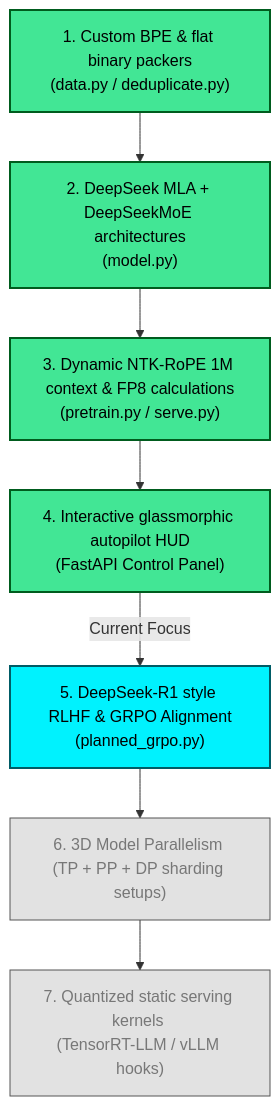
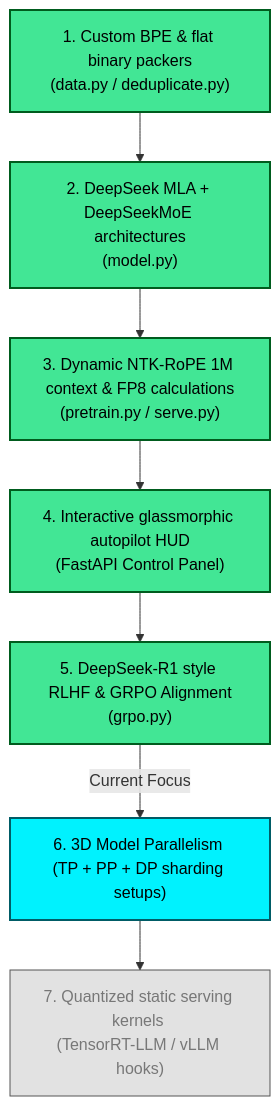
Before and after one commit to ifnodoraemon/nano-llm: the diagram in CONTRIBUTING.md, drawn with Mermaid. The commit also changed 4 other files, not shown here.

Commit message:
feat: implement pure PyTorch DeepSeek-R1 GRPO alignment loop and unit tests, updating all roadmap blueprints

````diff
--- a/CONTRIBUTING.md
+++ b/CONTRIBUTING.md
@@ -11,21 +11,21 @@
 ```mermaid
 graph TD
     classDef comp fill:#42e695,stroke:#005c1e,stroke-width:2px,color:#000;
     classDef active fill:#00f2fe,stroke:#005c66,stroke-width:2px,color:#000;
     classDef planned fill:#e2e2e2,stroke:#555,stroke-width:1px,color:#777;
 
     %% Completed milestones
     C1["1. Custom BPE & flat binary packers<br>(data.py / deduplicate.py)"]:::comp
     C2["2. DeepSeek MLA + DeepSeekMoE architectures<br>(model.py)"]:::comp
     C3["3. Dynamic NTK-RoPE 1M context & FP8 calculations<br>(pretrain.py / serve.py)"]:::comp
     C4["4. Interactive glassmorphic autopilot HUD<br>(FastAPI Control Panel)"]:::comp
+    C5["5. DeepSeek-R1 style RLHF & GRPO Alignment<br>(grpo.py)"]:::comp
     
     %% Planned milestones
-    P1["5. DeepSeek-R1 style RLHF & GRPO Alignment<br>(planned_grpo.py)"]:::active
-    P2["6. 3D Model Parallelism <br>(TP + PP + DP sharding setups)"]:::planned
-    P3["7. Quantized static serving kernels <br>(TensorRT-LLM / vLLM hooks)"]:::planned
+    P1["6. 3D Model Parallelism <br>(TP + PP + DP sharding setups)"]:::active
+    P2["7. Quantized static serving kernels <br>(TensorRT-LLM / vLLM hooks)"]:::planned
     
-    C1 --> C2 --> C3 --> C4
-    C4 -->|Current Focus| P1
-    P1 --> P2 --> P3
+    C1 --> C2 --> C3 --> C4 --> C5
+    C5 -->|Current Focus| P1
+    P1 --> P2
 ```
````
